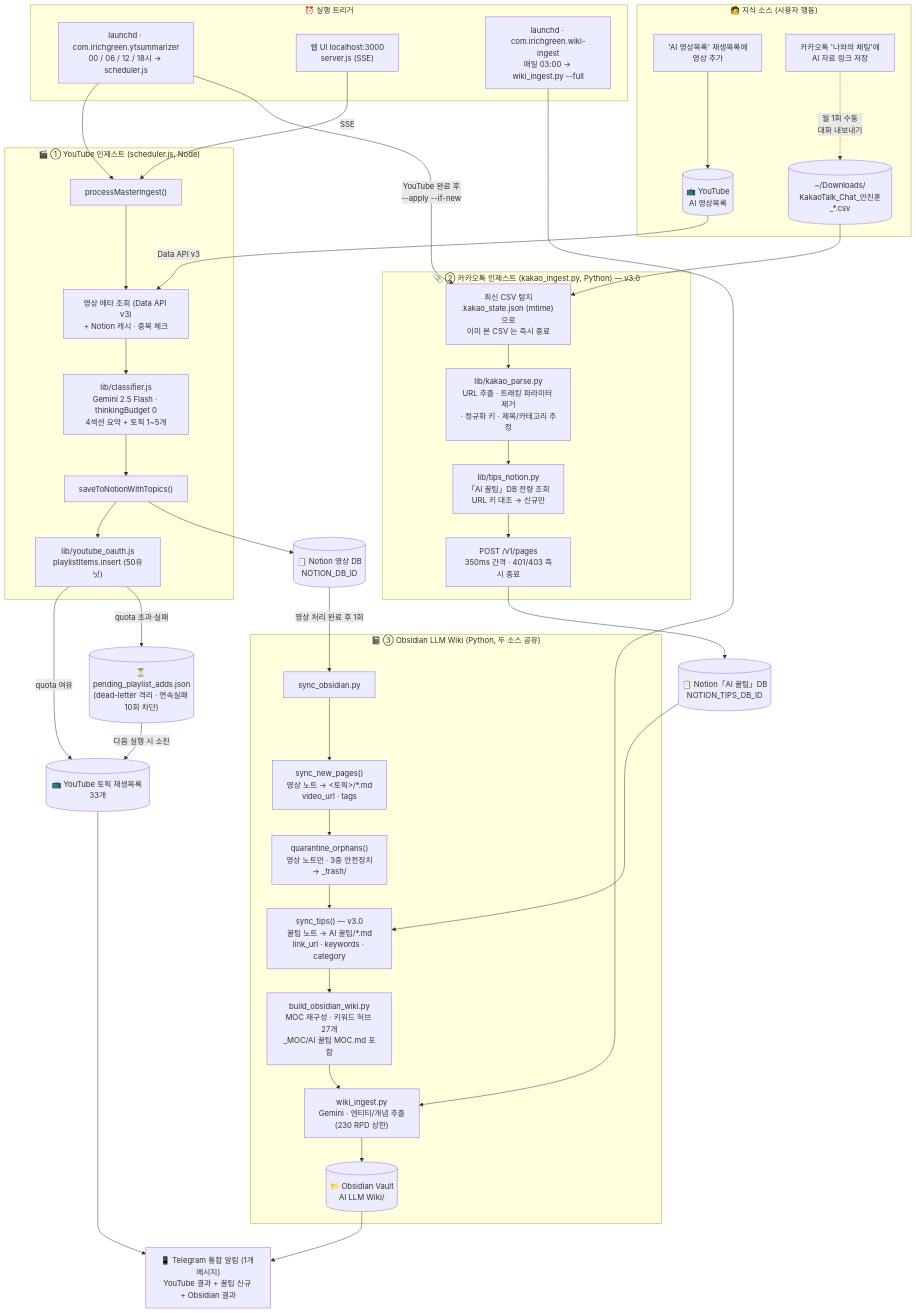
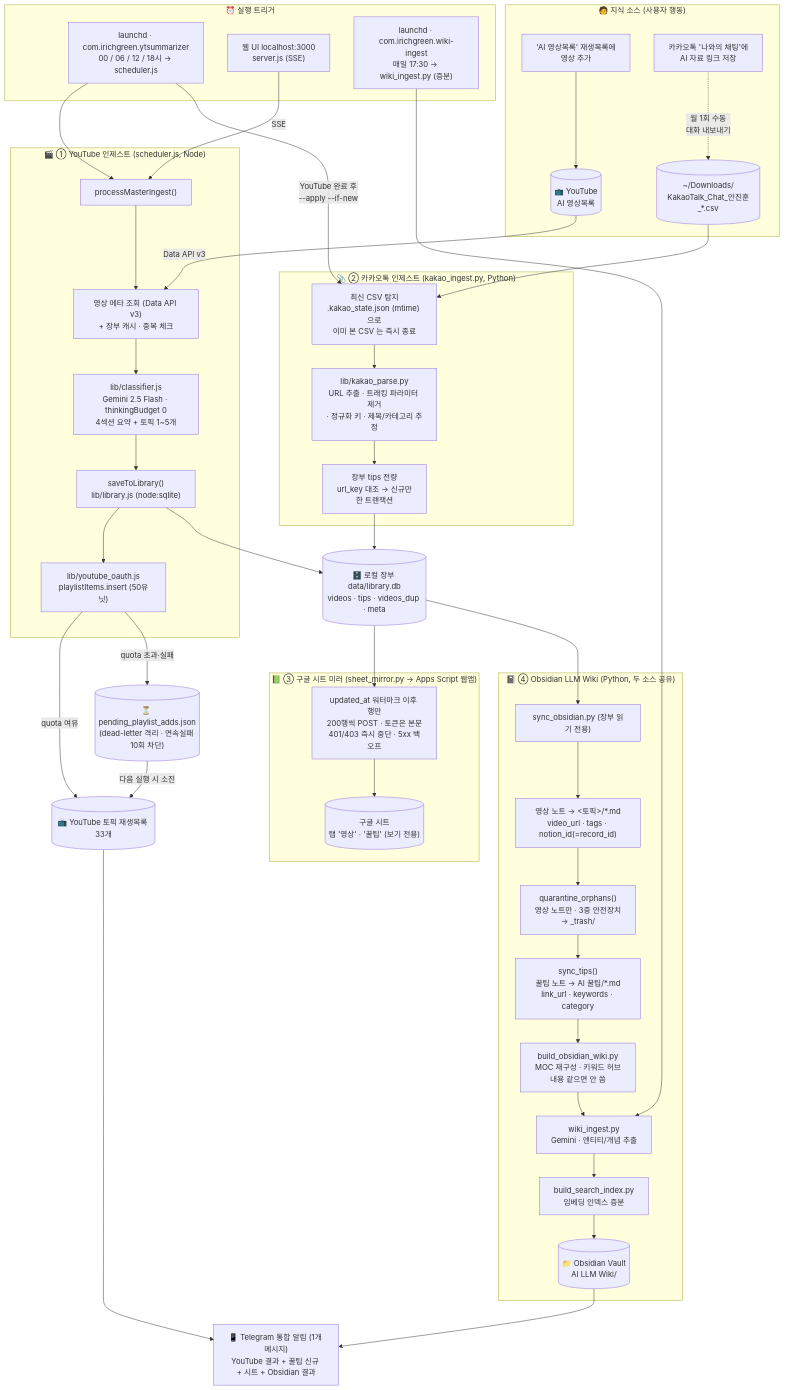
Before and after one commit to iRG-AI/AI_Wiki_Pipeline: the diagram in README.md, drawn with Mermaid. The commit also changed other lines of this file and 24 other files, not shown here.

````diff
--- a/README.md
+++ b/README.md
@@ -39,61 +43,67 @@
 ```mermaid
 flowchart TD
     subgraph SRC["🧑 지식 소스 (사용자 행동)"]
         U1["'AI 영상목록' 재생목록에\n영상 추가"]
         U2["카카오톡 '나와의 채팅'에\nAI 자료 링크 저장"]
         U2 -.->|"월 1회 수동\n대화 내보내기"| CSV[("~/Downloads/\nKakaoTalk_Chat_안진훈_*.csv")]
         U1 --> MASTER[("📺 YouTube\nAI 영상목록")]
     end
 
     subgraph TRIGGER["⏰ 실행 트리거"]
         SCHED["launchd · com.irichgreen.ytsummarizer\n00 / 06 / 12 / 18시 → scheduler.js"]
         WEBUI["웹 UI localhost:3000\nserver.js (SSE)"]
-        WIKI_SCHED["launchd · com.irichgreen.wiki-ingest\n매일 03:00 → wiki_ingest.py --full"]
+        WIKI_SCHED["launchd · com.irichgreen.wiki-ingest\n매일 17:30 → wiki_ingest.py (증분)"]
     end
 
     SCHED --> ENTRY
     WEBUI -->|SSE| ENTRY
 
     subgraph YT["🎬 ① YouTube 인제스트 (scheduler.js, Node)"]
         ENTRY["processMasterIngest()"]
-        FETCH["영상 메타 조회 (Data API v3)\n+ Notion 캐시 · 중복 체크"]
+        FETCH["영상 메타 조회 (Data API v3)\n+ 장부 캐시 · 중복 체크"]
         GEMINI["lib/classifier.js\nGemini 2.5 Flash · thinkingBudget 0\n4섹션 요약 + 토픽 1~5개"]
-        NSAVE["saveToNotionWithTopics()"]
+        LSAVE["saveToLibrary()\nlib/library.js (node:sqlite)"]
         YSAVE["lib/youtube_oauth.js\nplaylistItems.insert (50유닛)"]
-        ENTRY --> FETCH --> GEMINI --> NSAVE --> YSAVE
+        ENTRY --> FETCH --> GEMINI --> LSAVE --> YSAVE
     end
     MASTER -->|Data API v3| FETCH
 
-    subgraph KK["📎 ② 카카오톡 인제스트 (kakao_ingest.py, Python) — v3.0"]
+    subgraph KK["📎 ② 카카오톡 인제스트 (kakao_ingest.py, Python)"]
         KFIND["최신 CSV 탐지\n.kakao_state.json (mtime) 으로\n이미 본 CSV 는 즉시 종료"]
         KPARSE["lib/kakao_parse.py\nURL 추출 · 트래킹 파라미터 제거\n· 정규화 키 · 제목/카테고리 추정"]
-        KDEDUP["lib/tips_notion.py\n「AI 꿀팁」DB 전량 조회\nURL 키 대조 → 신규만"]
-        KPUSH["POST /v1/pages\n350ms 간격 · 401/403 즉시 종료"]
-        KFIND --> KPARSE --> KDEDUP --> KPUSH
+        KDEDUP["장부 tips 전량\nurl_key 대조 → 신규만\n한 트랜잭션"]
+        KFIND --> KPARSE --> KDEDUP
     end
     CSV --> KFIND
     SCHED -->|"YouTube 완료 후\n--apply --if-new"| KFIND
 
-    NSAVE --> NOTION_V[("📋 Notion 영상 DB\nNOTION_DB_ID")]
-    KPUSH --> NOTION_T[("📋 Notion「AI 꿀팁」DB\nNOTION_TIPS_DB_ID")]
+    LSAVE --> LIB[("🗄️ 로컬 장부 data/library.db\nvideos · tips · videos_dup · meta")]
+    KDEDUP --> LIB
     YSAVE -->|"quota 여유"| YT_PL[("📺 YouTube 토픽 재생목록 33개")]
     YSAVE -->|"quota 초과·실패"| PENDING[("⏳ pending_playlist_adds.json\n(dead-letter 격리 · 연속실패 10회 차단)")]
     PENDING -->|"다음 실행 시 소진"| YT_PL
 
-    subgraph OBS["📓 ③ Obsidian LLM Wiki (Python, 두 소스 공유)"]
-        SYNC["sync_obsidian.py"]
-        SYNC_V["sync_new_pages()\n영상 노트 → <토픽>/*.md\nvideo_url · tags"]
-        SYNC_T["sync_tips() — v3.0\n꿀팁 노트 → AI 꿀팁/*.md\nlink_url · keywords · category"]
+    subgraph MIR["📗 ③ 구글 시트 미러 (sheet_mirror.py → Apps Script 웹앱)"]
+        SM["updated_at 워터마크 이후 행만\n200행씩 POST · 토큰은 본문\n401/403 즉시 중단 · 5xx 백오프"]
+        GS[("구글 시트\n탭 '영상' · '꿀팁' (보기 전용)")]
+        SM --> GS
+    end
+    LIB --> SM
+
+    subgraph OBS["📓 ④ Obsidian LLM Wiki (Python, 두 소스 공유)"]
+        SYNC["sync_obsidian.py (장부 읽기 전용)"]
+        SYNC_V["영상 노트 → <토픽>/*.md\nvideo_url · tags · notion_id(=record_id)"]
+        SYNC_T["sync_tips()\n꿀팁 노트 → AI 꿀팁/*.md\nlink_url · keywords · category"]
         ORPHAN["quarantine_orphans()\n영상 노트만 · 3중 안전장치\n→ _trash/"]
-        WIKI_INGEST["wiki_ingest.py\nGemini · 엔티티/개념 추출\n(230 RPD 상한)"]
-        BUILD["build_obsidian_wiki.py\nMOC 재구성 · 키워드 허브 27개\n_MOC/AI 꿀팁 MOC.md 포함"]
+        BUILD["build_obsidian_wiki.py\nMOC 재구성 · 키워드 허브\n내용 같으면 안 씀"]
+        WIKI_INGEST["wiki_ingest.py\nGemini · 엔티티/개념 추출"]
+        IDX["build_search_index.py\n임베딩 인덱스 증분"]
         VAULT[("📁 Obsidian Vault\nAI LLM Wiki/")]
-        SYNC --> SYNC_V --> ORPHAN --> SYNC_T --> BUILD --> WIKI_INGEST --> VAULT
+        SYNC --> SYNC_V --> ORPHAN --> SYNC_T --> BUILD --> WIKI_INGEST --> IDX --> VAULT
     end
-    NOTION_V -->|"영상 처리 완료 후 1회"| SYNC
-    NOTION_T --> SYNC_T
+    LIB --> SYNC
     WIKI_SCHED --> WIKI_INGEST
 
-    VAULT --> TG["📱 Telegram 통합 알림 (1개 메시지)\nYouTube 결과 + 꿀팁 신규 + Obsidian 결과"]
+    VAULT --> TG["📱 Telegram 통합 알림 (1개 메시지)\nYouTube 결과 + 꿀팁 신규 + 시트 + Obsidian 결과"]
     YT_PL --> TG
 ```
````
